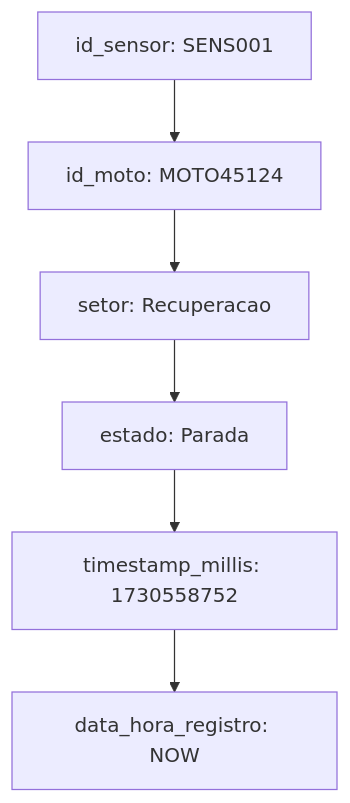
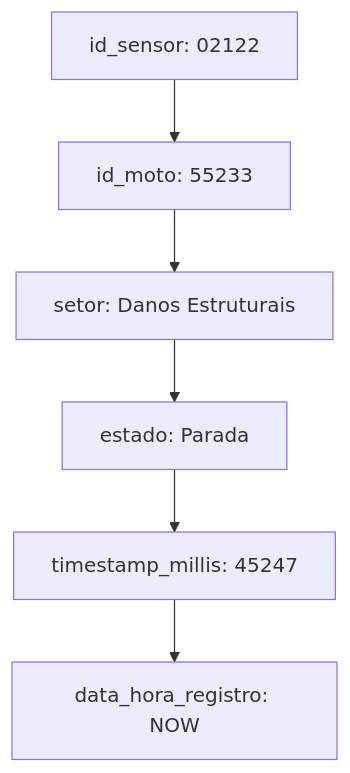
Before and after one commit to giovannarevitoroz/sprint03-mottu-motion-iot: the second of 4 diagrams in README.md, drawn with Mermaid.

````diff
--- a/README.md
+++ b/README.md
@@ -304,8 +304,8 @@
 ```mermaid
 graph TD
-    A["id_sensor: SENS001"] --> B["id_moto: MOTO45124"]
-    B --> C["setor: Recuperacao"]
+    A["id_sensor: 02122"] --> B["id_moto: 55233"]
+    B --> C["setor: Danos Estruturais"]
     C --> D["estado: Parada"]
-    D --> E["timestamp_millis: 1730558752"]
+    D --> E["timestamp_millis: 45247"]
     E --> F["data_hora_registro: NOW"]
 ```
````
